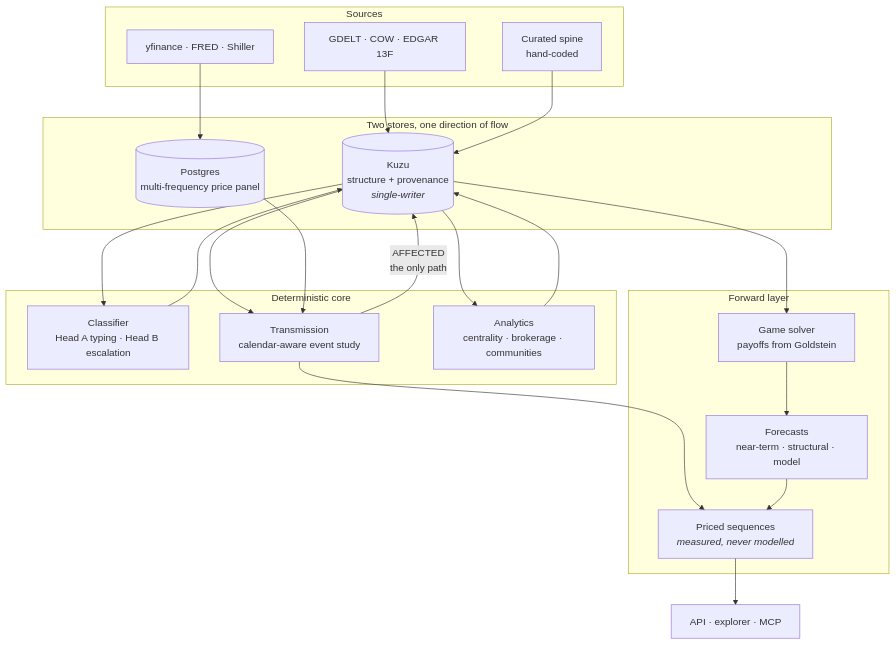
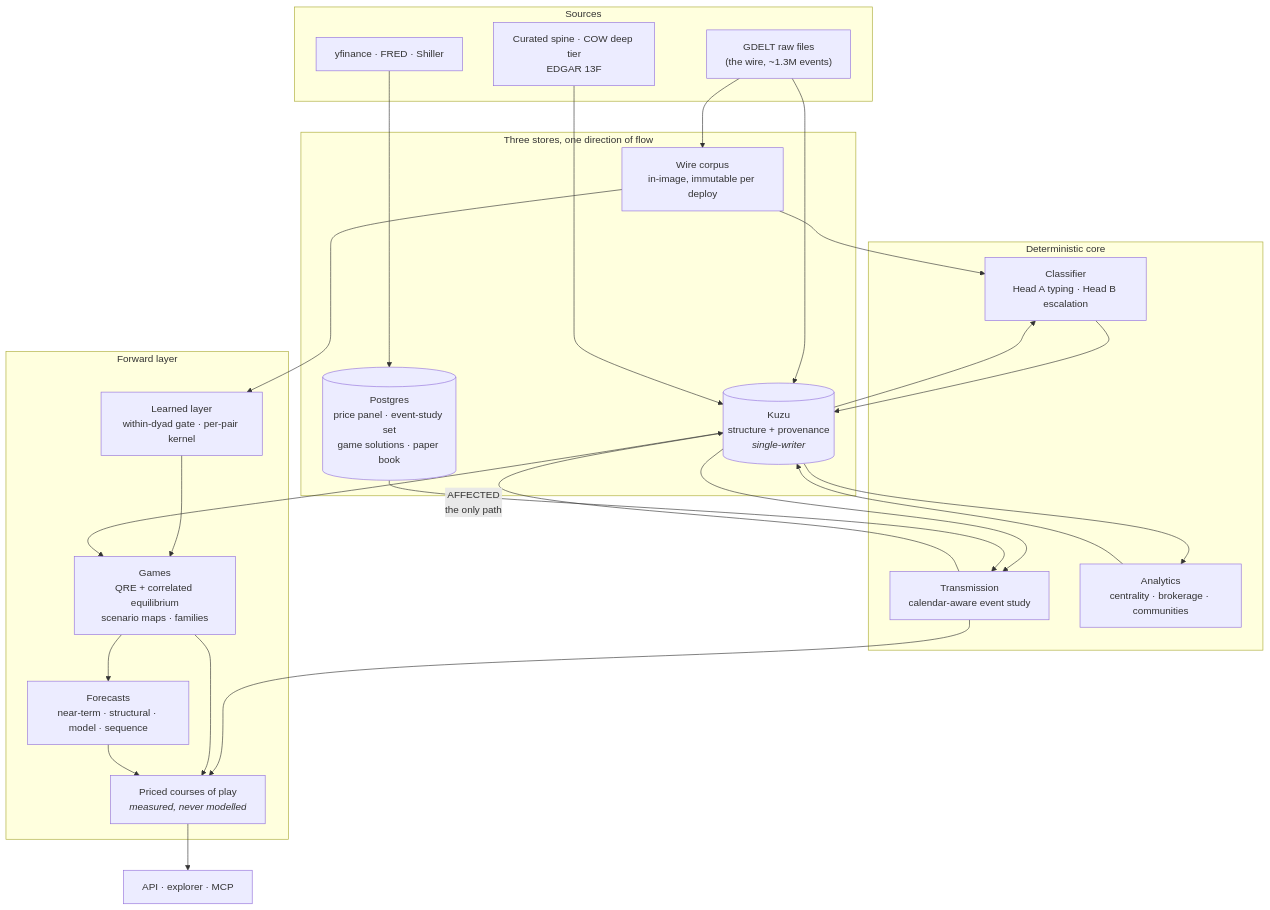
One commit to wevo7526/GeoGraph changed the diagram in README.md. Above: the diagram before and after it, drawn with Mermaid. The commit also changed other lines of this file, not shown here.

Commit message:
README: the door describes the house that exists — corpus, convergence loop, games, families, white surface; badge counts current; the footer is plain text

````diff
--- a/README.md
+++ b/README.md
@@ -68,38 +65,44 @@
 ```mermaid
 flowchart TB
     subgraph sources["Sources"]
-        A["GDELT · COW · EDGAR 13F"]
-        B["Curated spine<br/>hand-coded"]
+        A["GDELT raw files<br/>(the wire, ~1.3M events)"]
+        B["Curated spine · COW deep tier<br/>EDGAR 13F"]
         C["yfinance · FRED · Shiller"]
     end
 
-    subgraph stores["Two stores, one direction of flow"]
+    subgraph stores["Three stores, one direction of flow"]
+        W["Wire corpus<br/>in-image, immutable per deploy"]
         D[("Kuzu<br/>structure + provenance<br/><i>single-writer</i>")]
-        E[("Postgres<br/>multi-frequency price panel")]
+        E[("Postgres<br/>price panel · event-study set<br/>game solutions · paper book")]
     end
 
     subgraph engine["Deterministic core"]
         F["Classifier<br/>Head A typing · Head B escalation"]
         G["Transmission<br/>calendar-aware event study"]
         H["Analytics<br/>centrality · brokerage · communities"]
     end
 
     subgraph forward["Forward layer"]
-        I["Game solver<br/>payoffs from Goldstein"]
-        J["Forecasts<br/>near-term · structural · model"]
-        K["Priced sequences<br/><i>measured, never modelled</i>"]
+        M["Learned layer<br/>within-dyad gate · per-pair kernel"]
+        I["Games<br/>QRE + correlated equilibrium<br/>scenario maps · families"]
+        J["Forecasts<br/>near-term · structural · model · sequence"]
+        K["Priced courses of play<br/><i>measured, never modelled</i>"]
     end
 
+    A --> W
     A --> D
     B --> D
     C --> E
+    W --> F
     D --> F --> D
     D --> G
     E --> G
     G -->|"AFFECTED<br/>the only path"| D
     D --> H --> D
+    W --> M --> I
     D --> I --> J
     G --> K
+    I --> K
     J --> K
     K --> L["API · explorer · MCP"]
 ```
````
